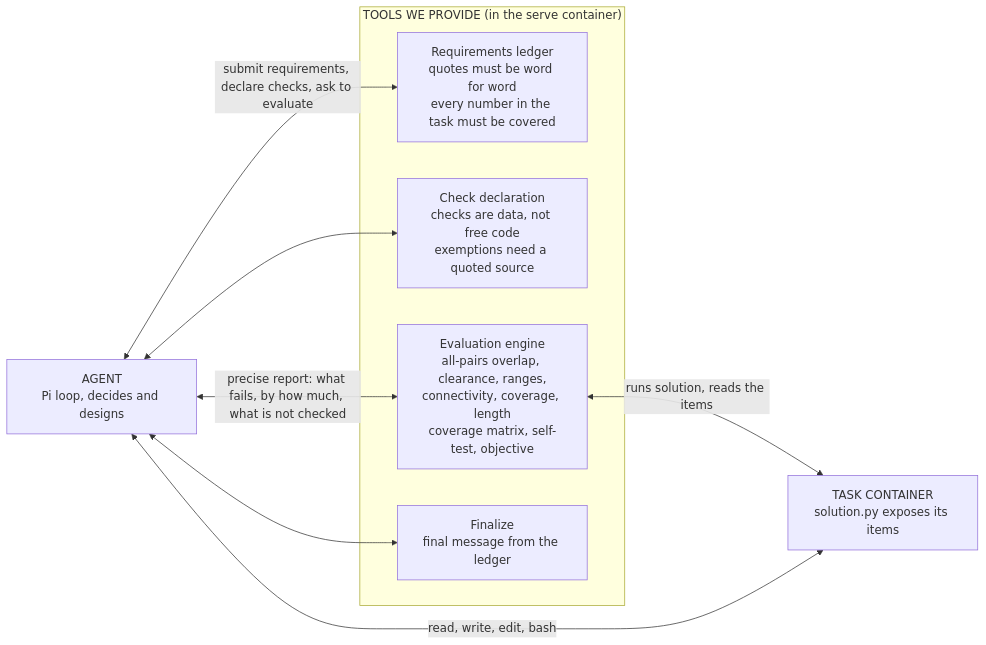
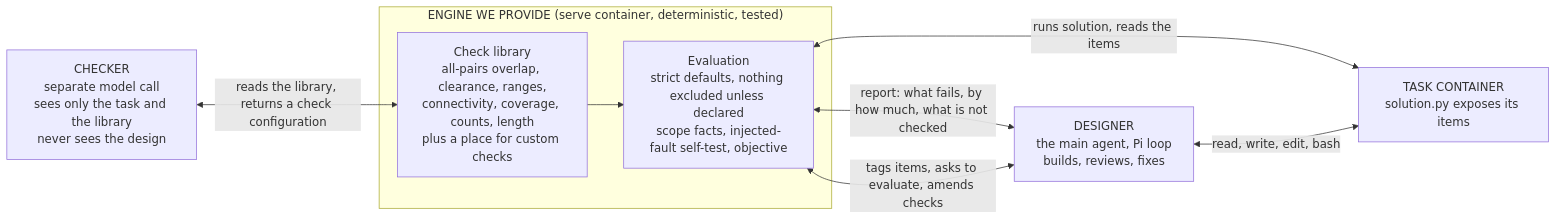
Before and after one commit to SophusRosendahl/ple-submission: the diagram in docs/figures/fig5-structured-architecture.mmd, drawn with Mermaid. The commit also changed 6 other files, not shown here.

First line of the commit message:
Rung 3 redesigned: strict engine with a check library, an independent checker, a reviewing designer; no quote validation

```diff
--- a/docs/figures/fig5-structured-architecture.mmd
+++ b/docs/figures/fig5-structured-architecture.mmd
@@ -1,15 +1,14 @@
 flowchart LR
-  AG["AGENT<br/>Pi loop, decides and designs"]
-  subgraph TOOLS["TOOLS WE PROVIDE (in the serve container)"]
-    RL["Requirements ledger<br/>quotes must be word for word<br/>every number in the task must be covered"]
-    CD["Check declaration<br/>checks are data, not free code<br/>exemptions need a quoted source"]
-    EN["Evaluation engine<br/>all-pairs overlap, clearance, ranges,<br/>connectivity, coverage, length<br/>coverage matrix, self-test, objective"]
-    FN["Finalize<br/>final message from the ledger"]
+  CK["CHECKER<br/>separate model call<br/>sees only the task and the library<br/>never sees the design"]
+  DS["DESIGNER<br/>the main agent, Pi loop<br/>builds, reviews, fixes"]
+  subgraph ENG["ENGINE WE PROVIDE (serve container, deterministic, tested)"]
+    LB["Check library<br/>all-pairs overlap, clearance, ranges,<br/>connectivity, coverage, counts, length<br/>plus a place for custom checks"]
+    EV["Evaluation<br/>strict defaults, nothing excluded unless declared<br/>scope facts, injected-fault self-test, objective"]
   end
   TC["TASK CONTAINER<br/>solution.py exposes its items"]
-  AG <-->|"submit requirements, declare checks, ask to evaluate"| RL
-  AG <--> CD
-  AG <-->|"precise report: what fails, by how much, what is not checked"| EN
-  AG <--> FN
-  EN <-->|"runs solution, reads the items"| TC
-  AG <-->|"read, write, edit, bash"| TC
+  CK <-->|"reads the library, returns a check configuration"| LB
+  DS <-->|"tags items, asks to evaluate, amends checks"| EV
+  EV <-->|"report: what fails, by how much, what is not checked"| DS
+  LB --> EV
+  EV <-->|"runs solution, reads the items"| TC
+  DS <-->|"read, write, edit, bash"| TC
```
